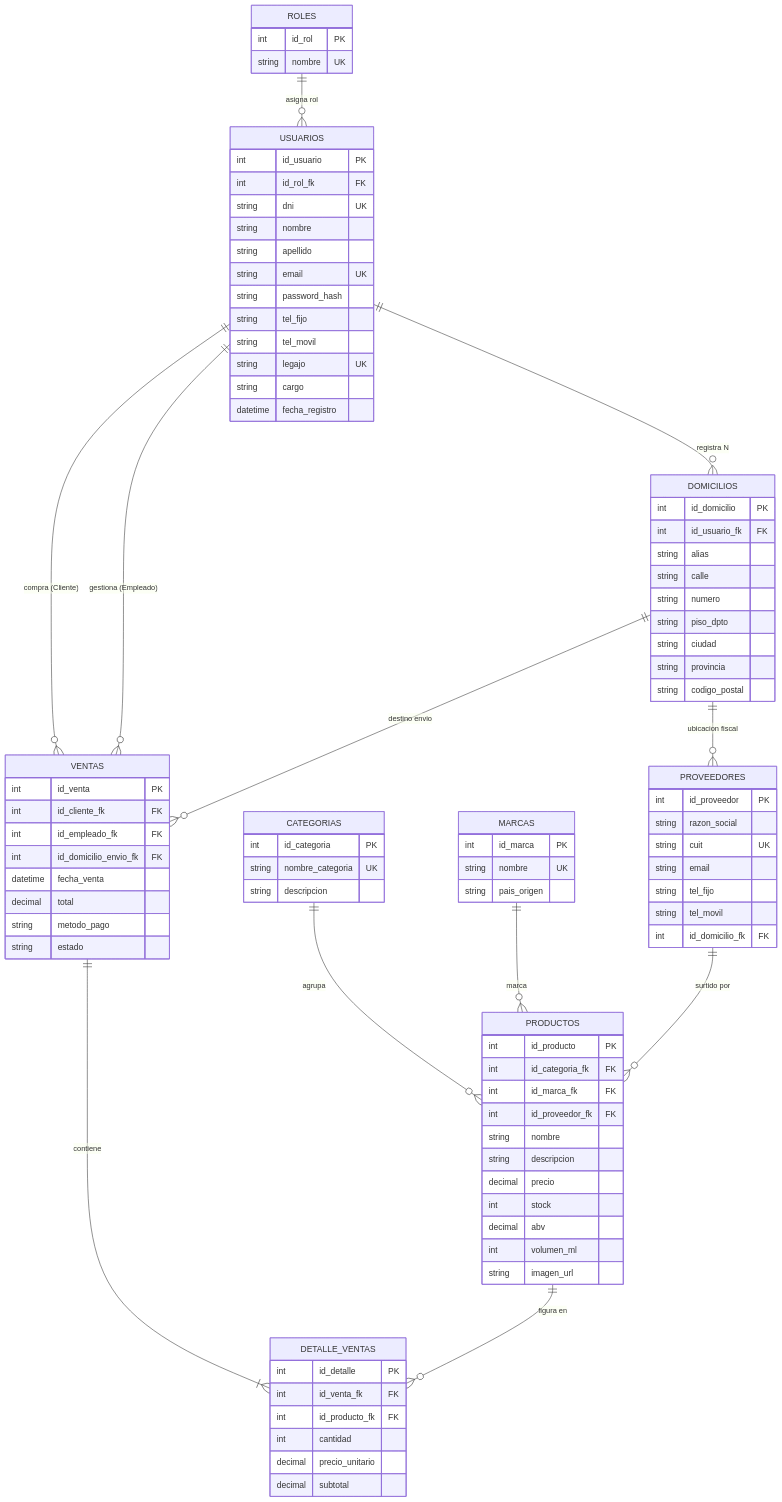
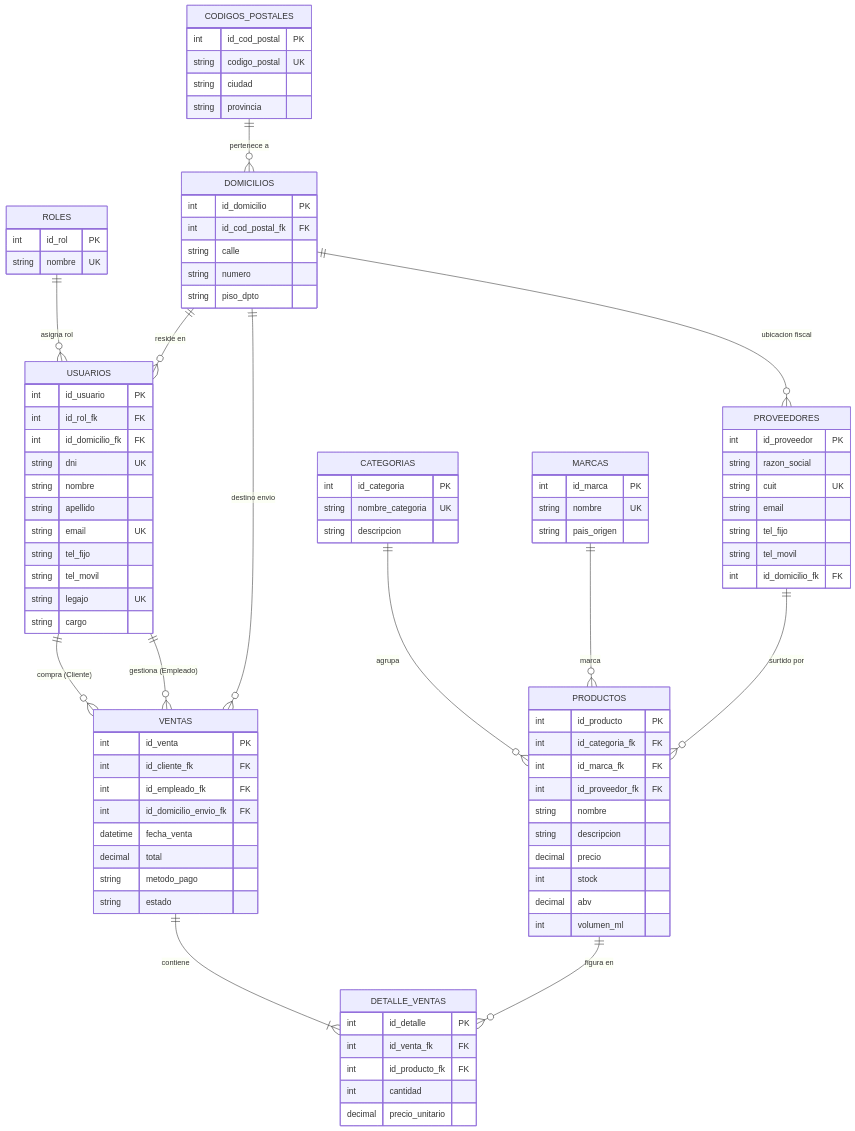
The diagram in docs/especificacion.md (caudex-nox/moonshine-ballad), drawn with Mermaid before and after one commit. The commit also changed other lines of this file, not shown here.

Commit message:
fix: tablas, atributos, info y mermaid corregidos

````diff
--- a/docs/especificacion.md
+++ b/docs/especificacion.md
@@ -9,7 +9,8 @@
 ```mermaid
 erDiagram
     ROLES ||--o{ USUARIOS : "asigna rol"
-    USUARIOS ||--o{ DOMICILIOS : "registra N"
+    DOMICILIOS ||--o{ USUARIOS : "reside en"
+    CODIGOS_POSTALES ||--o{ DOMICILIOS : "pertenece a"
     USUARIOS ||--o{ VENTAS : "compra (Cliente)"
     USUARIOS ||--o{ VENTAS : "gestiona (Empleado)"
     DOMICILIOS ||--o{ VENTAS : "destino envio"
@@ -27,31 +28,33 @@
         string nombre UK
     }
 
+    CODIGOS_POSTALES {
+        int id_cod_postal PK
+        string codigo_postal UK
+        string ciudad
+        string provincia
+    }
+
+    DOMICILIOS {
+        int id_domicilio PK
+        int id_cod_postal_fk FK
+        string calle
+        string numero
+        string piso_dpto
+    }
+
     USUARIOS {
         int id_usuario PK
         int id_rol_fk FK
+        int id_domicilio_fk FK
         string dni UK
         string nombre
         string apellido
         string email UK
-        string password_hash
         string tel_fijo
         string tel_movil
         string legajo UK
         string cargo
-        datetime fecha_registro
-    }
-
-    DOMICILIOS {
-        int id_domicilio PK
-        int id_usuario_fk FK
-        string alias
-        string calle
-        string numero
-        string piso_dpto
-        string ciudad
-        string provincia
-        string codigo_postal
     }
 
     CATEGORIAS {
@@ -87,7 +90,6 @@
         int stock
         decimal abv
         int volumen_ml
-        string imagen_url
     }
 
     VENTAS {
@@ -107,6 +109,5 @@
         int id_producto_fk FK
         int cantidad
         decimal precio_unitario
-        decimal subtotal
     }
 ```
````
